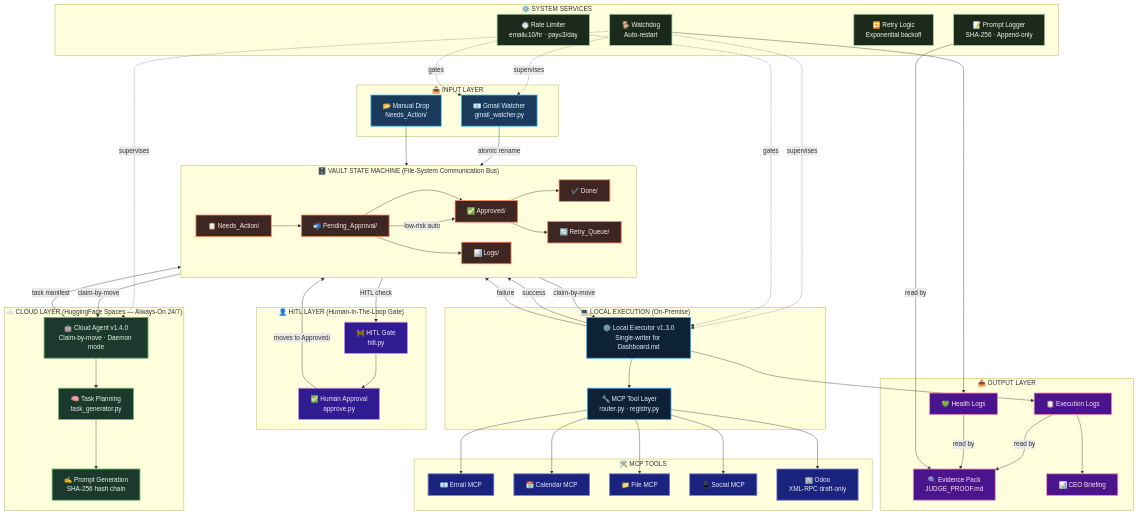
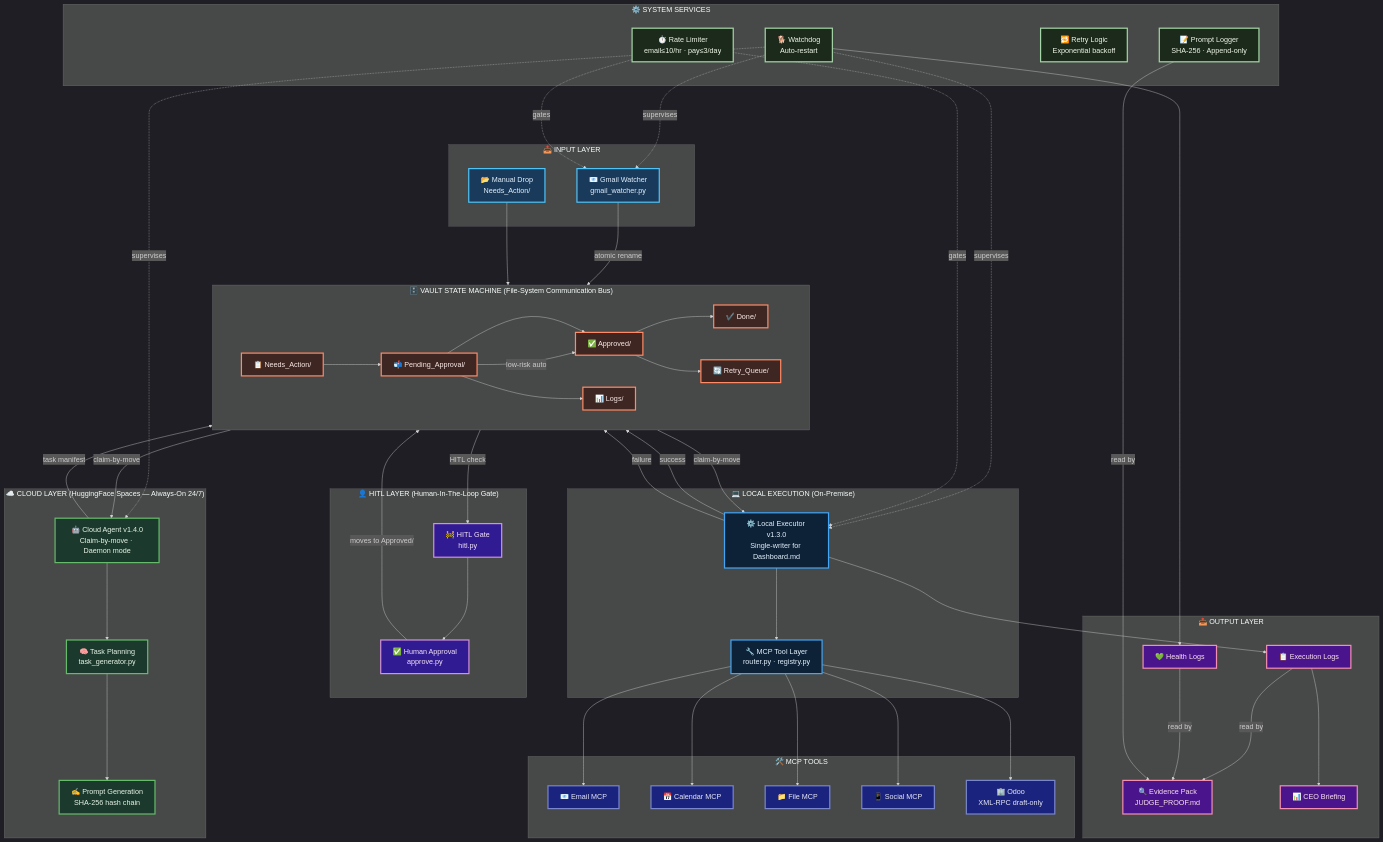
The diagram in README.md (Mehreen676/AI_Employee_Vault_Platinum), drawn with Mermaid before and after one commit. The commit also changed other lines of this file, not shown here.

Commit message:
docs: improve architecture diagram readability and rename sections

````diff
--- a/README.md
+++ b/README.md
@@ -121,81 +121,82 @@
 ```mermaid
+%%{init: {"theme": "dark", "flowchart": {"nodeSpacing": 80, "rankSpacing": 120, "curve": "basis"}, "themeVariables": {"fontSize": "18px"}}}%%
 flowchart TB
-    classDef inputStyle  fill:#1a3a5c,stroke:#4fc3f7,color:#e3f2fd,stroke-width:2px
-    classDef cloudStyle  fill:#1b3a2d,stroke:#66bb6a,color:#e8f5e9,stroke-width:2px
-    classDef vaultStyle  fill:#3e2723,stroke:#ff8a65,color:#fbe9e7,stroke-width:2px
-    classDef hitlStyle   fill:#311b92,stroke:#ce93d8,color:#f3e5f5,stroke-width:2px
-    classDef localStyle  fill:#0d2137,stroke:#42a5f5,color:#e3f2fd,stroke-width:2px
-    classDef toolsStyle  fill:#1a237e,stroke:#7986cb,color:#e8eaf6,stroke-width:2px
-    classDef svcStyle    fill:#1b2a1b,stroke:#a5d6a7,color:#f1f8e9,stroke-width:2px
-    classDef outputStyle fill:#4a148c,stroke:#f48fb1,color:#fce4ec,stroke-width:2px
+    classDef inputStyle  fill:#1a3a5c,stroke:#4fc3f7,color:#e3f2fd,stroke-width:3px
+    classDef cloudStyle  fill:#1b3a2d,stroke:#66bb6a,color:#e8f5e9,stroke-width:3px
+    classDef vaultStyle  fill:#3e2723,stroke:#ff8a65,color:#fbe9e7,stroke-width:3px
+    classDef hitlStyle   fill:#311b92,stroke:#ce93d8,color:#f3e5f5,stroke-width:3px
+    classDef localStyle  fill:#0d2137,stroke:#42a5f5,color:#e3f2fd,stroke-width:3px
+    classDef toolsStyle  fill:#1a237e,stroke:#7986cb,color:#e8eaf6,stroke-width:3px
+    classDef svcStyle    fill:#1b2a1b,stroke:#a5d6a7,color:#f1f8e9,stroke-width:3px
+    classDef outputStyle fill:#4a148c,stroke:#f48fb1,color:#fce4ec,stroke-width:3px
 
     subgraph INPUT["📥 INPUT LAYER"]
         GW["📧 Gmail Watcher\ngmail_watcher.py"]
         MD["📂 Manual Drop\nNeeds_Action/"]
     end
 
     subgraph CLOUD["☁️ CLOUD LAYER  (HuggingFace Spaces — Always-On 24/7)"]
         CA["🤖 Cloud Agent v1.4.0\nClaim-by-move · Daemon mode"]
         TP["🧠 Task Planning\ntask_generator.py"]
         PG["✍️ Prompt Generation\nSHA-256 hash chain"]
         CA --> TP --> PG
     end
 
     subgraph VAULT["🗄️ VAULT STATE MACHINE  (File-System Communication Bus)"]
         direction LR
         NA["📋 Needs_Action/"] --> PA["📬 Pending_Approval/"] --> AP["✅ Approved/"] --> DN["✔️ Done/"]
         AP --> RQ["🔄 Retry_Queue/"]
         PA --> LG["📊 Logs/"]
     end
 
     subgraph HITL["👤 HITL LAYER  (Human-In-The-Loop Gate)"]
         HG["🚧 HITL Gate\nhitl.py"]
         HA["✅ Human Approval\napprove.py"]
         HG --> HA
     end
 
     subgraph LOCAL["💻 LOCAL EXECUTION  (On-Premise)"]
         LE["⚙️ Local Executor v1.3.0\nSingle-writer for Dashboard.md"]
         MT["🔧 MCP Tool Layer\nrouter.py · registry.py"]
         LE --> MT
     end
 
     subgraph TOOLS["🛠️ MCP TOOLS"]
         EM["📧 Email MCP"] & CM["📅 Calendar MCP"] & FM["📁 File MCP"] & SM["📱 Social MCP"] & OD["🏢 Odoo\nXML-RPC draft-only"]
     end
 
     subgraph SERVICES["⚙️ SYSTEM SERVICES"]
         WD["🐕 Watchdog\nAuto-restart"] & RL["⏱️ Rate Limiter\nemail≤10/hr · pay≤3/day"] & RT["🔁 Retry Logic\nExponential backoff"] & PL["📝 Prompt Logger\nSHA-256 · Append-only"]
     end
 
     subgraph OUTPUT["📤 OUTPUT LAYER"]
         EL["📋 Execution Logs"] & EP["🔍 Evidence Pack\nJUDGE_PROOF.md"] & CB["📊 CEO Briefing"] & HL["💚 Health Logs"]
     end
 
     GW -->|"atomic rename"| NA
     MD --> NA
     NA -->|"claim-by-move"| CA
     CA -->|"task manifest"| PA
     PA -->|"HITL check"| HG
     HA -->|"moves to Approved/"| AP
     PA -->|"low-risk auto"| AP
     AP -->|"claim-by-move"| LE
     MT --> EM & CM & FM & SM & OD
     LE -->|"success"| DN
     LE -->|"failure"| RQ
     LE --> EL
     WD -.->|"supervises"| CA & GW & LE
     WD --> HL
     RL -.->|"gates"| GW & LE
     EL & HL & PL -->|"read by"| EP
     EL --> CB
 
     class GW,MD inputStyle
     class CA,TP,PG cloudStyle
     class NA,PA,AP,DN,RQ,LG vaultStyle
     class HG,HA hitlStyle
     class LE,MT localStyle
     class EM,CM,FM,SM,OD toolsStyle
     class WD,RL,RT,PL svcStyle
     class EL,EP,CB,HL outputStyle
 ```
````
